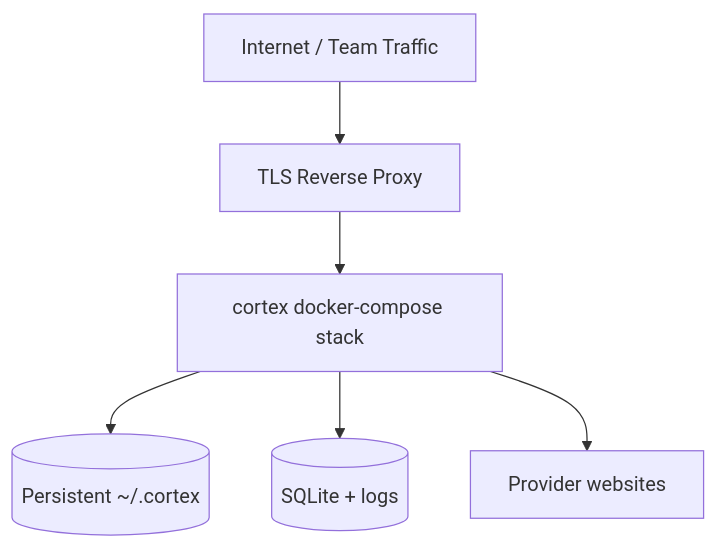
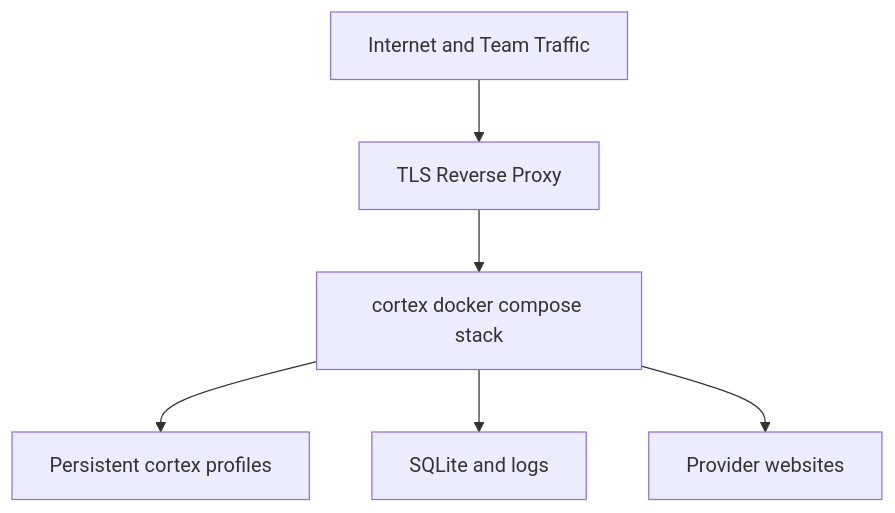
Diagram 11 of 11 in README.md (Th3X-Zohir/cortex), drawn with Mermaid before and after one commit. The commit also changed other lines of this file, not shown here.

Commit message:
docs: enhance README with animated SVG walkthroughs and improved diagram labels for clarity

````diff
--- a/README.md
+++ b/README.md
@@ -1014,8 +1022,8 @@
 ```mermaid
 flowchart TB
-    I[Internet / Team Traffic] --> T[TLS Reverse Proxy]
-    T --> C[cortex docker-compose stack]
-    C --> P[(Persistent ~/.cortex)]
-    C --> S[(SQLite + logs)]
-    C --> W[Provider websites]
+    I["Internet and Team Traffic"] --> T["TLS Reverse Proxy"]
+    T --> C["cortex docker compose stack"]
+    C --> P["Persistent cortex profiles"]
+    C --> S["SQLite and logs"]
+    C --> W["Provider websites"]
 ```
````
